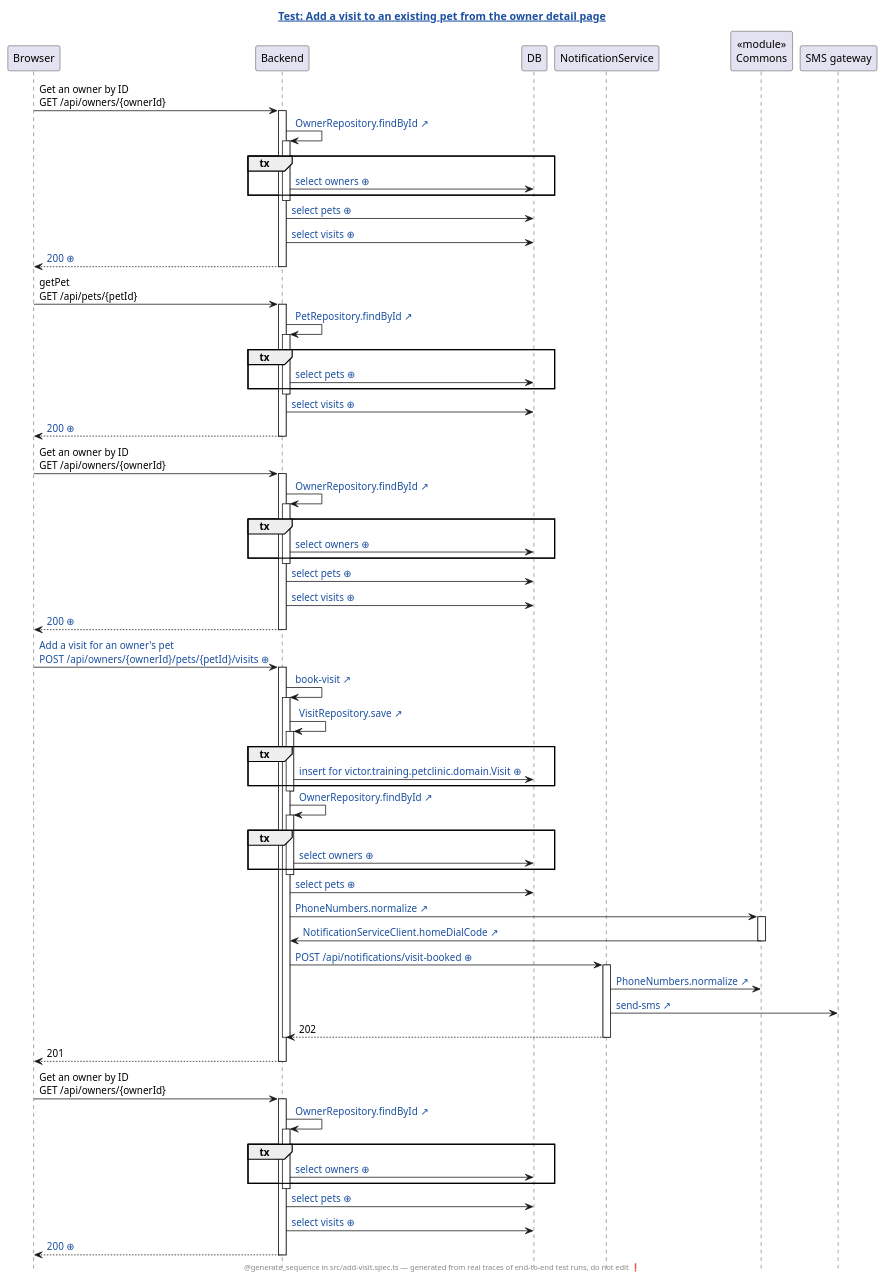
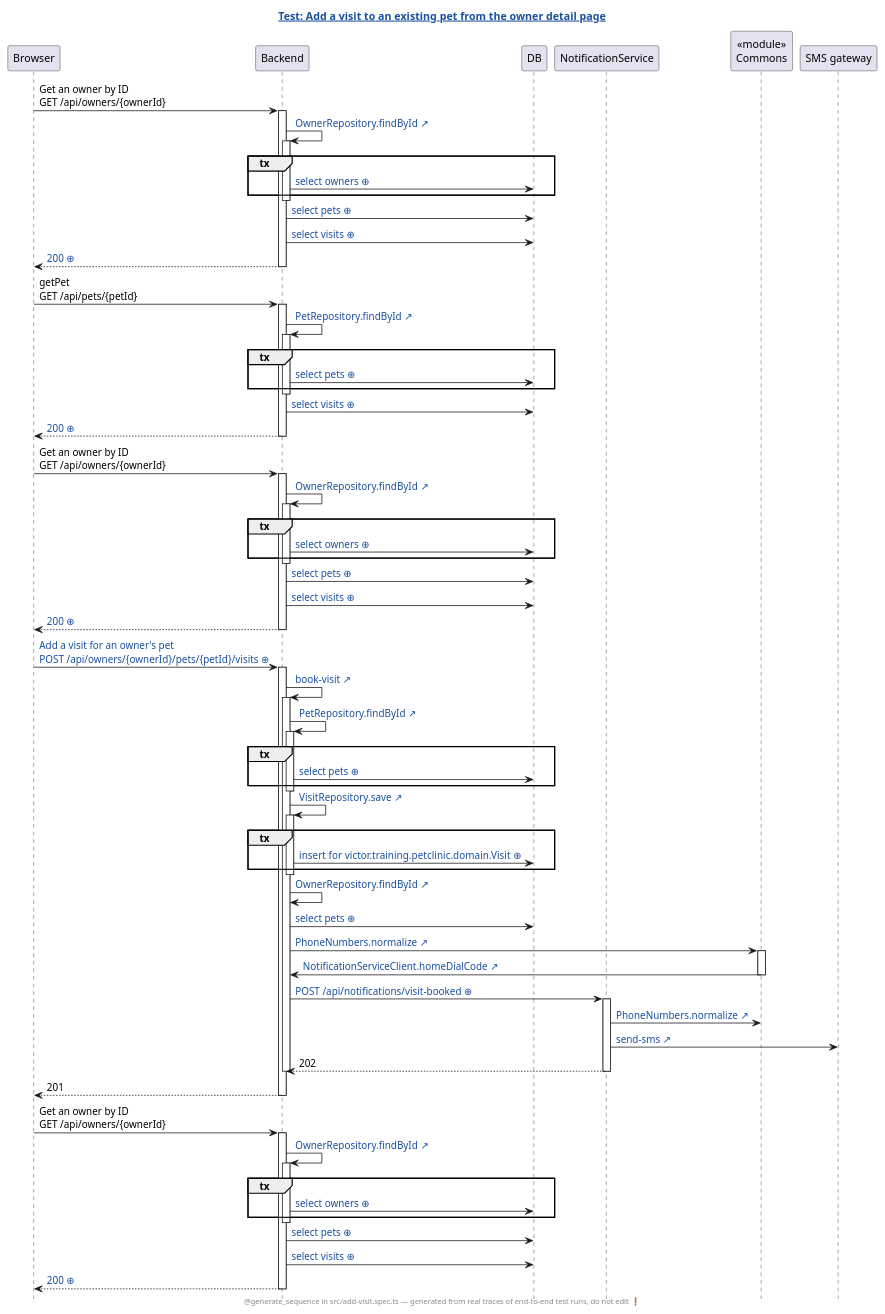
The diagram in petclinic-test/generated/add-visit.spec.ts.add-a-visit-to-an-existing-pet-from-the-owner-detail-page.genseq.puml (victorrentea/petclinic), drawn with PlantUML before and after one commit. The commit also changed 45 other files, not shown here.

```diff
--- a/petclinic-test/generated/add-visit.spec.ts.add-a-visit-to-an-existing-pet-from-the-owner-detail-page.genseq.puml
+++ b/petclinic-test/generated/add-visit.spec.ts.add-a-visit-to-an-existing-pet-from-the-owner-detail-page.genseq.puml
@@ -1,91 +1,92 @@
 @startuml
 ' ⚠️  GENERATED FILE — DO NOT EDIT. Every edit is lost on the next run.
 hide footbox
 skinparam hyperlinkUnderline false
 skinparam hyperlinkColor #1A4FA0
 title [[src://petclinic-test/src/add-visit.spec.ts:31{Click to open the test} Test: Add a visit to an existing pet from the owner detail page]]
 footer @generate_sequence in src/add-visit.spec.ts — generated from real traces of end-to-end test runs, do not edit ❗
 participant Browser
 participant Backend
 participant DB
 participant NotificationService
 participant "«module»\nCommons" as Commons
 participant "SMS gateway"
 Browser -> Backend: Get an owner by ID\nGET /api/owners/{ownerId}
 activate Backend
-Backend -> Backend: [[src://petclinic-backend/src/main/java/victor/training/petclinic/repository/OwnerRepository.java:14{Click to open OwnerRepository.findById} OwnerRepository.findById ↗]]
+Backend -> Backend: [[src://petclinic-backend/src/main/java/victor/training/petclinic/repository/OwnerRepository.java:15{Click to open OwnerRepository.findById} OwnerRepository.findById ↗]]
 activate Backend
 group tx
 Backend -> DB: [[genseq://0x8aana{Click for the statement behind this call} select owners ⊕]]
 end
 deactivate Backend
 Backend -> DB: [[genseq://18567ho{Click for the statement behind this call} select pets ⊕]]
 Backend -> DB: [[genseq://13apewa{Click for the statement behind this call} select visits ⊕]]
-Backend --> Browser: [[genseq://0zavcxa{Click for this call’s JSON body} 200 ⊕]]
+Backend --> Browser: [[genseq://0gpk1w8{Click for this call’s JSON body} 200 ⊕]]
 deactivate Backend
 Browser -> Backend: getPet\nGET /api/pets/{petId}
 activate Backend
 Backend -> Backend: [[src://petclinic-backend/src/main/java/victor/training/petclinic/repository/PetRepository.java:16{Click to open PetRepository.findById} PetRepository.findById ↗]]
 activate Backend
 group tx
 Backend -> DB: [[genseq://0y7w2ps{Click for the statement behind this call} select pets ⊕]]
 end
 deactivate Backend
 Backend -> DB: [[genseq://13apewa{Click for the statement behind this call} select visits ⊕]]
-Backend --> Browser: [[genseq://01mmlgx{Click for this call’s JSON body} 200 ⊕]]
+Backend --> Browser: [[genseq://1d38mir{Click for this call’s JSON body} 200 ⊕]]
 deactivate Backend
 Browser -> Backend: Get an owner by ID\nGET /api/owners/{ownerId}
 activate Backend
-Backend -> Backend: [[src://petclinic-backend/src/main/java/victor/training/petclinic/repository/OwnerRepository.java:14{Click to open OwnerRepository.findById} OwnerRepository.findById ↗]]
+Backend -> Backend: [[src://petclinic-backend/src/main/java/victor/training/petclinic/repository/OwnerRepository.java:15{Click to open OwnerRepository.findById} OwnerRepository.findById ↗]]
 activate Backend
 group tx
 Backend -> DB: [[genseq://0x8aana{Click for the statement behind this call} select owners ⊕]]
 end
 deactivate Backend
 Backend -> DB: [[genseq://18567ho{Click for the statement behind this call} select pets ⊕]]
 Backend -> DB: [[genseq://13apewa{Click for the statement behind this call} select visits ⊕]]
-Backend --> Browser: [[genseq://0zavcxa{Click for this call’s JSON body} 200 ⊕]]
+Backend --> Browser: [[genseq://0gpk1w8{Click for this call’s JSON body} 200 ⊕]]
 deactivate Backend
-Browser -> Backend: [[genseq://1wvc0vp{Click for this call’s JSON body} Add a visit for an owner's pet\nPOST /api/owners/{ownerId}/pets/{petId}/visits ⊕]]
+Browser -> Backend: [[genseq://1nacuw2{Click for this call’s JSON body} Add a visit for an owner's pet\nPOST /api/owners/{ownerId}/pets/{petId}/visits ⊕]]
 activate Backend
-Backend -> Backend: [[src://petclinic-backend/src/main/java/victor/training/petclinic/rest/OwnerRestController.java:183{Click to open OwnerRestController.bookVisit} book-visit ↗]]
+Backend -> Backend: [[src://petclinic-backend/src/main/java/victor/training/petclinic/rest/OwnerRestController.java:188{Click to open OwnerRestController.bookVisit} book-visit ↗]]
 activate Backend
+Backend -> Backend: [[src://petclinic-backend/src/main/java/victor/training/petclinic/repository/PetRepository.java:16{Click to open PetRepository.findById} PetRepository.findById ↗]]
+activate Backend
+group tx
+Backend -> DB: [[genseq://0y7w2ps{Click for the statement behind this call} select pets ⊕]]
+end
+deactivate Backend
 Backend -> Backend: [[src://petclinic-backend/src/main/java/victor/training/petclinic/repository/VisitRepository.java:14{Click to open VisitRepository.save} VisitRepository.save ↗]]
 activate Backend
 group tx
-Backend -> DB: [[genseq://0624iy2{Click for the statement behind this call} insert for victor.training.petclinic.domain.Visit ⊕]]
+Backend -> DB: [[genseq://1o5boxz{Click for the statement behind this call} insert for victor.training.petclinic.domain.Visit ⊕]]
 end
 deactivate Backend
-Backend -> Backend: [[src://petclinic-backend/src/main/java/victor/training/petclinic/repository/OwnerRepository.java:14{Click to open OwnerRepository.findById} OwnerRepository.findById ↗]]
-activate Backend
-group tx
-Backend -> DB: [[genseq://0x8aana{Click for the statement behind this call} select owners ⊕]]
-end
-deactivate Backend
+Backend -> Backend: [[src://petclinic-backend/src/main/java/victor/training/petclinic/repository/OwnerRepository.java:15{Click to open OwnerRepository.findById} OwnerRepository.findById ↗]]
 Backend -> DB: [[genseq://18567ho{Click for the statement behind this call} select pets ⊕]]
 Backend -> Commons: [[src://petclinic-commons/src/main/java/victor/training/commons/PhoneNumbers.java:8{Click to open PhoneNumbers.normalize} PhoneNumbers.normalize ↗]]
 activate Commons
 Commons -> Backend: [[src://petclinic-backend/src/main/java/victor/training/petclinic/notification/NotificationServiceClient.java:45{Click to open NotificationServiceClient.homeDialCode} NotificationServiceClient.homeDialCode ↗]]
 deactivate Commons
 Backend -> NotificationService: [[genseq://1p4ogm5{Click for this call’s JSON body} POST /api/notifications/visit-booked ⊕]]
 activate NotificationService
 NotificationService -> Commons: [[src://petclinic-commons/src/main/java/victor/training/commons/PhoneNumbers.java:8{Click to open PhoneNumbers.normalize} PhoneNumbers.normalize ↗]]
 NotificationService -> "SMS gateway": [[src://notification-service/src/main/java/victor/training/notification/SmsGateway.java:23{Click to open SmsGateway.send} send-sms ↗]]
 NotificationService --> Backend: 202
 deactivate NotificationService
 deactivate Backend
 Backend --> Browser: 201
 deactivate Backend
 Browser -> Backend: Get an owner by ID\nGET /api/owners/{ownerId}
 activate Backend
-Backend -> Backend: [[src://petclinic-backend/src/main/java/victor/training/petclinic/repository/OwnerRepository.java:14{Click to open OwnerRepository.findById} OwnerRepository.findById ↗]]
+Backend -> Backend: [[src://petclinic-backend/src/main/java/victor/training/petclinic/repository/OwnerRepository.java:15{Click to open OwnerRepository.findById} OwnerRepository.findById ↗]]
 activate Backend
 group tx
 Backend -> DB: [[genseq://0x8aana{Click for the statement behind this call} select owners ⊕]]
 end
 deactivate Backend
 Backend -> DB: [[genseq://18567ho{Click for the statement behind this call} select pets ⊕]]
 Backend -> DB: [[genseq://13apewa{Click for the statement behind this call} select visits ⊕]]
-Backend --> Browser: [[genseq://1gpk0tx{Click for this call’s JSON body} 200 ⊕]]
+Backend --> Browser: [[genseq://0iv5zur{Click for this call’s JSON body} 200 ⊕]]
 deactivate Backend
 @enduml
```
